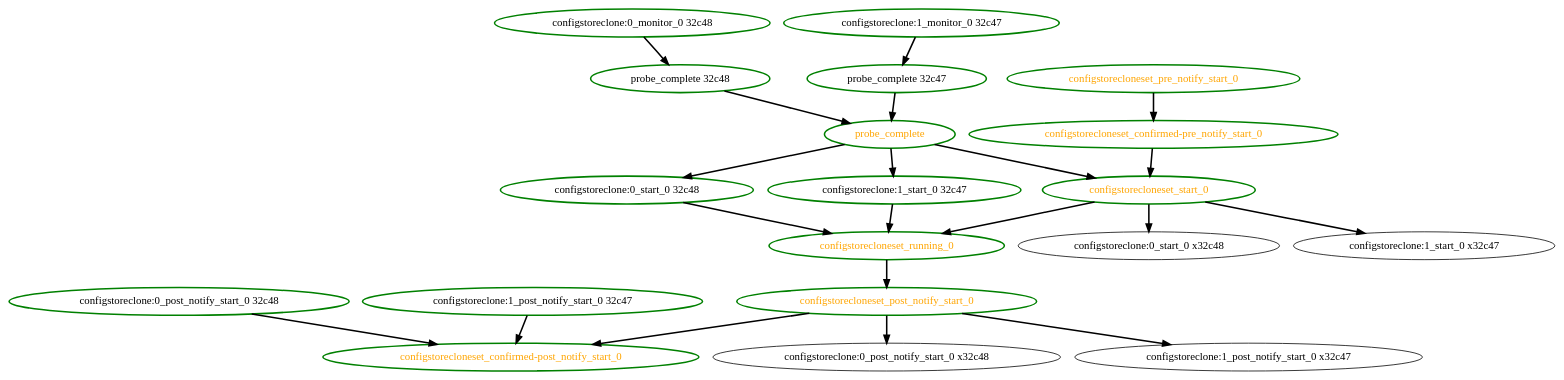
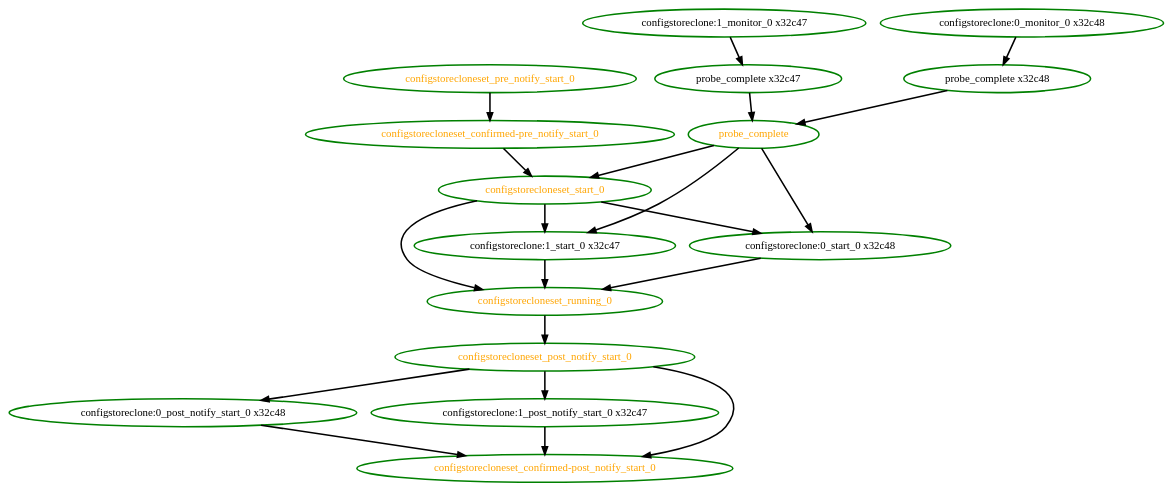
One commit to linux-ha-japan/pm_diskd changed the diagram in pengine/testcases/probe-0.dot. Above: the diagram before and after it, drawn with Graphviz. The commit also changed 1 other file, not shown here.

```diff
--- a/pengine/testcases/probe-0.dot
+++ b/pengine/testcases/probe-0.dot
@@ -1,37 +1,37 @@
  digraph "g" {
-"configstoreclone:0_monitor_0 32c48" -> "probe_complete 32c48" [ style = bold]
-"configstoreclone:0_monitor_0 32c48" [ style=bold color="green" fontcolor="black" ]
-"configstoreclone:0_post_notify_start_0 32c48" -> "configstorecloneset_confirmed-post_notify_start_0" [ style = bold]
-"configstoreclone:0_post_notify_start_0 32c48" [ style=bold color="green" fontcolor="black" ]
-"configstoreclone:0_start_0 32c48" -> "configstorecloneset_running_0" [ style = bold]
-"configstoreclone:0_start_0 32c48" [ style=bold color="green" fontcolor="black" ]
-"configstoreclone:1_monitor_0 32c47" -> "probe_complete 32c47" [ style = bold]
-"configstoreclone:1_monitor_0 32c47" [ style=bold color="green" fontcolor="black"  ]
-"configstoreclone:1_post_notify_start_0 32c47" -> "configstorecloneset_confirmed-post_notify_start_0" [ style = bold]
-"configstoreclone:1_post_notify_start_0 32c47" [ style=bold color="green" fontcolor="black" ]
-"configstoreclone:1_start_0 32c47" -> "configstorecloneset_running_0" [ style = bold]
-"configstoreclone:1_start_0 32c47" [ style=bold color="green" fontcolor="black" ]
+"configstoreclone:0_monitor_0 x32c48" -> "probe_complete x32c48" [ style = bold]
+"configstoreclone:0_monitor_0 x32c48" [ style=bold color="green" fontcolor="black" ]
+"configstoreclone:0_post_notify_start_0 x32c48" -> "configstorecloneset_confirmed-post_notify_start_0" [ style = bold]
+"configstoreclone:0_post_notify_start_0 x32c48" [ style=bold color="green" fontcolor="black" ]
+"configstoreclone:0_start_0 x32c48" -> "configstorecloneset_running_0" [ style = bold]
+"configstoreclone:0_start_0 x32c48" [ style=bold color="green" fontcolor="black" ]
+"configstoreclone:1_monitor_0 x32c47" -> "probe_complete x32c47" [ style = bold]
+"configstoreclone:1_monitor_0 x32c47" [ style=bold color="green" fontcolor="black"  ]
+"configstoreclone:1_post_notify_start_0 x32c47" -> "configstorecloneset_confirmed-post_notify_start_0" [ style = bold]
+"configstoreclone:1_post_notify_start_0 x32c47" [ style=bold color="green" fontcolor="black" ]
+"configstoreclone:1_start_0 x32c47" -> "configstorecloneset_running_0" [ style = bold]
+"configstoreclone:1_start_0 x32c47" [ style=bold color="green" fontcolor="black" ]
 "configstorecloneset_confirmed-post_notify_start_0" [ style=bold color="green" fontcolor="orange" ]
 "configstorecloneset_confirmed-pre_notify_start_0" -> "configstorecloneset_start_0" [ style = bold]
 "configstorecloneset_confirmed-pre_notify_start_0" [ style=bold color="green" fontcolor="orange" ]
 "configstorecloneset_post_notify_start_0" -> "configstoreclone:0_post_notify_start_0 x32c48" [ style = bold]
 "configstorecloneset_post_notify_start_0" -> "configstoreclone:1_post_notify_start_0 x32c47" [ style = bold]
 "configstorecloneset_post_notify_start_0" -> "configstorecloneset_confirmed-post_notify_start_0" [ style = bold]
 "configstorecloneset_post_notify_start_0" [ style=bold color="green" fontcolor="orange" ]
 "configstorecloneset_pre_notify_start_0" -> "configstorecloneset_confirmed-pre_notify_start_0" [ style = bold]
 "configstorecloneset_pre_notify_start_0" [ style=bold color="green" fontcolor="orange" ]
 "configstorecloneset_running_0" -> "configstorecloneset_post_notify_start_0" [ style = bold]
 "configstorecloneset_running_0" [ style=bold color="green" fontcolor="orange" ]
 "configstorecloneset_start_0" -> "configstoreclone:0_start_0 x32c48" [ style = bold]
 "configstorecloneset_start_0" -> "configstoreclone:1_start_0 x32c47" [ style = bold]
 "configstorecloneset_start_0" -> "configstorecloneset_running_0" [ style = bold]
 "configstorecloneset_start_0" [ style=bold color="green" fontcolor="orange" ]
-"probe_complete 32c47" -> "probe_complete" [ style = bold]
-"probe_complete 32c47" [ style=bold color="green" fontcolor="black" ]
-"probe_complete 32c48" -> "probe_complete" [ style = bold]
-"probe_complete 32c48" [ style=bold color="green" fontcolor="black" ]
-"probe_complete" -> "configstoreclone:0_start_0 32c48" [ style = bold]
-"probe_complete" -> "configstoreclone:1_start_0 32c47" [ style = bold]
+"probe_complete x32c47" -> "probe_complete" [ style = bold]
+"probe_complete x32c47" [ style=bold color="green" fontcolor="black" ]
+"probe_complete x32c48" -> "probe_complete" [ style = bold]
+"probe_complete x32c48" [ style=bold color="green" fontcolor="black" ]
+"probe_complete" -> "configstoreclone:0_start_0 x32c48" [ style = bold]
+"probe_complete" -> "configstoreclone:1_start_0 x32c47" [ style = bold]
 "probe_complete" -> "configstorecloneset_start_0" [ style = bold]
 "probe_complete" [ style=bold color="green" fontcolor="orange" ]
 }
```
